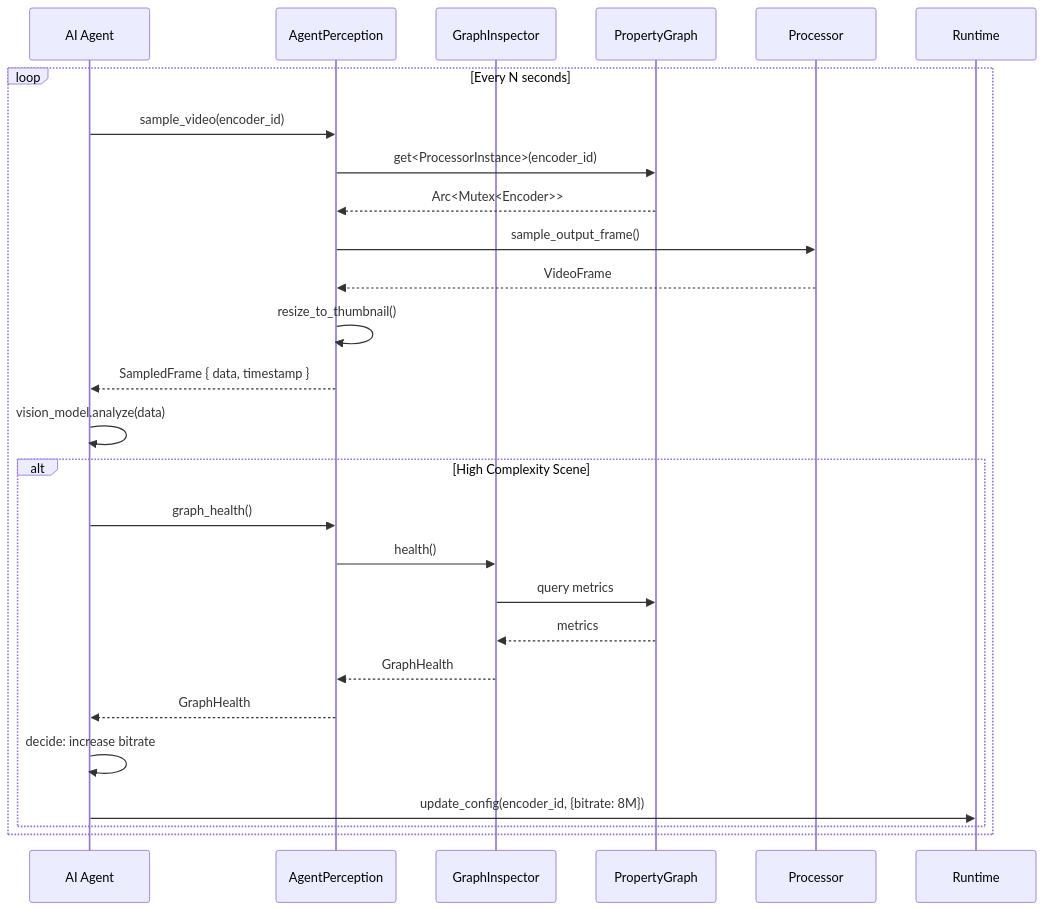
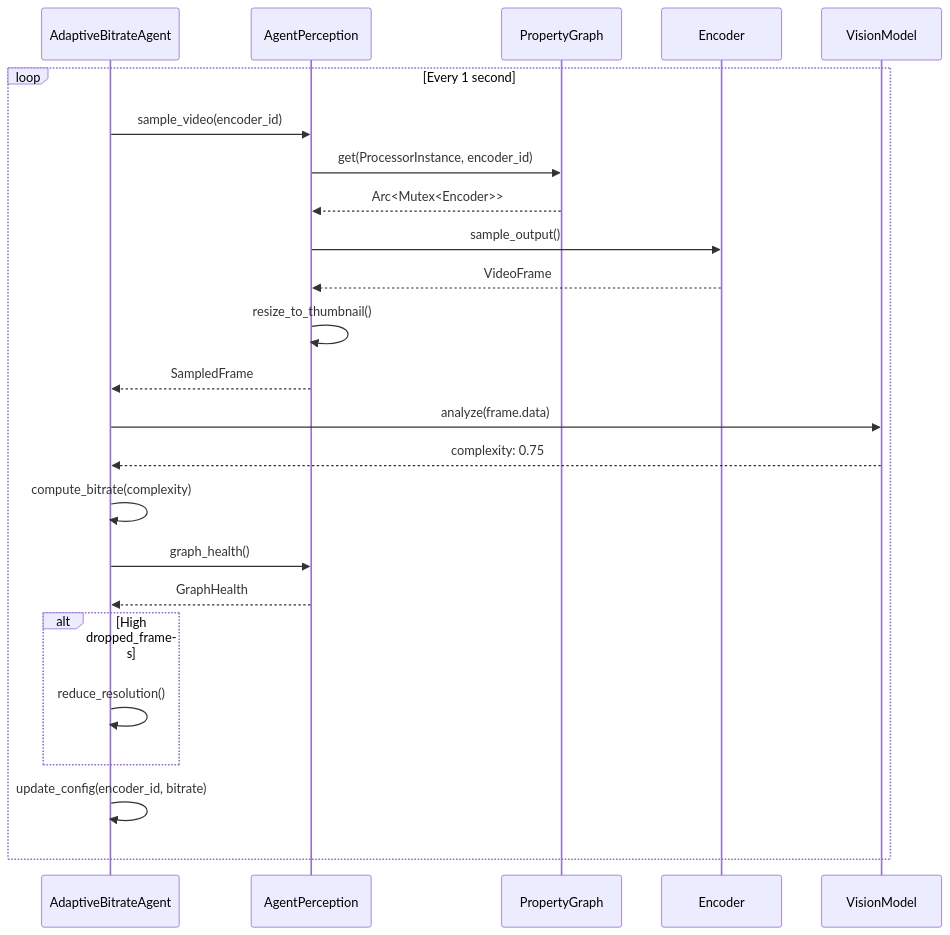
Before and after one commit to tatolab/streamlib: the third of 3 diagrams in docs/ARCHITECTURE_V2_DIAGRAMS.md, drawn with Mermaid. The commit also changed other lines of this file and 124 other files, not shown here.

First line of the commit message:
refactor: Unified Graph architecture with ECS components and query interface design (#71)

````diff
--- a/docs/ARCHITECTURE_V2_DIAGRAMS.md
+++ b/docs/ARCHITECTURE_V2_DIAGRAMS.md
@@ -468,32 +584,31 @@
 ```mermaid
 sequenceDiagram
-    participant Agent as AI Agent
+    participant Agent as AdaptiveBitrateAgent
     participant Perception as AgentPerception
-    participant Inspector as GraphInspector
     participant Graph as PropertyGraph
-    participant Processor
+    participant Encoder
+    participant Vision as VisionModel
 
-    loop Every N seconds
+    loop Every 1 second
         Agent->>Perception: sample_video(encoder_id)
-        Perception->>Graph: get<ProcessorInstance>(encoder_id)
+        Perception->>Graph: get(ProcessorInstance, encoder_id)
         Graph-->>Perception: Arc<Mutex<Encoder>>
-        Perception->>Processor: sample_output_frame()
-        Processor-->>Perception: VideoFrame
+        Perception->>Encoder: sample_output()
+        Encoder-->>Perception: VideoFrame
         Perception->>Perception: resize_to_thumbnail()
-        Perception-->>Agent: SampledFrame { data, timestamp }
+        Perception-->>Agent: SampledFrame
         
-        Agent->>Agent: vision_model.analyze(data)
+        Agent->>Vision: analyze(frame.data)
+        Vision-->>Agent: complexity: 0.75
         
-        alt High Complexity Scene
-            Agent->>Perception: graph_health()
-            Perception->>Inspector: health()
-            Inspector->>Graph: query metrics
-            Graph-->>Inspector: metrics
-            Inspector-->>Perception: GraphHealth
-            Perception-->>Agent: GraphHealth
-            
-            Agent->>Agent: decide: increase bitrate
-            Agent->>Runtime: update_config(encoder_id, {bitrate: 8M})
+        Agent->>Agent: compute_bitrate(complexity)
+        Agent->>Perception: graph_health()
+        Perception-->>Agent: GraphHealth
+        
+        alt High dropped_frames
+            Agent->>Agent: reduce_resolution()
         end
+        
+        Agent->>Agent: update_config(encoder_id, bitrate)
     end
 ```
````
